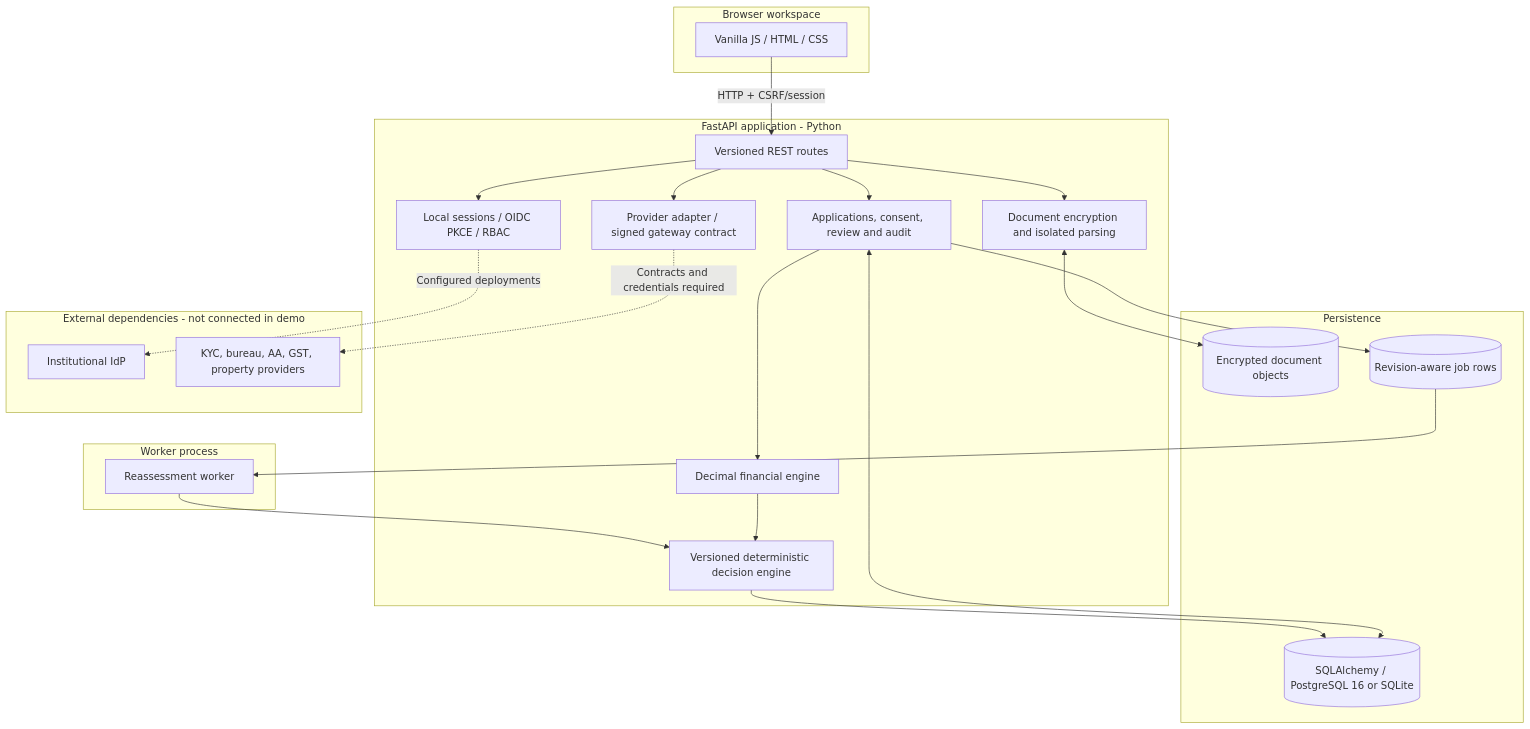
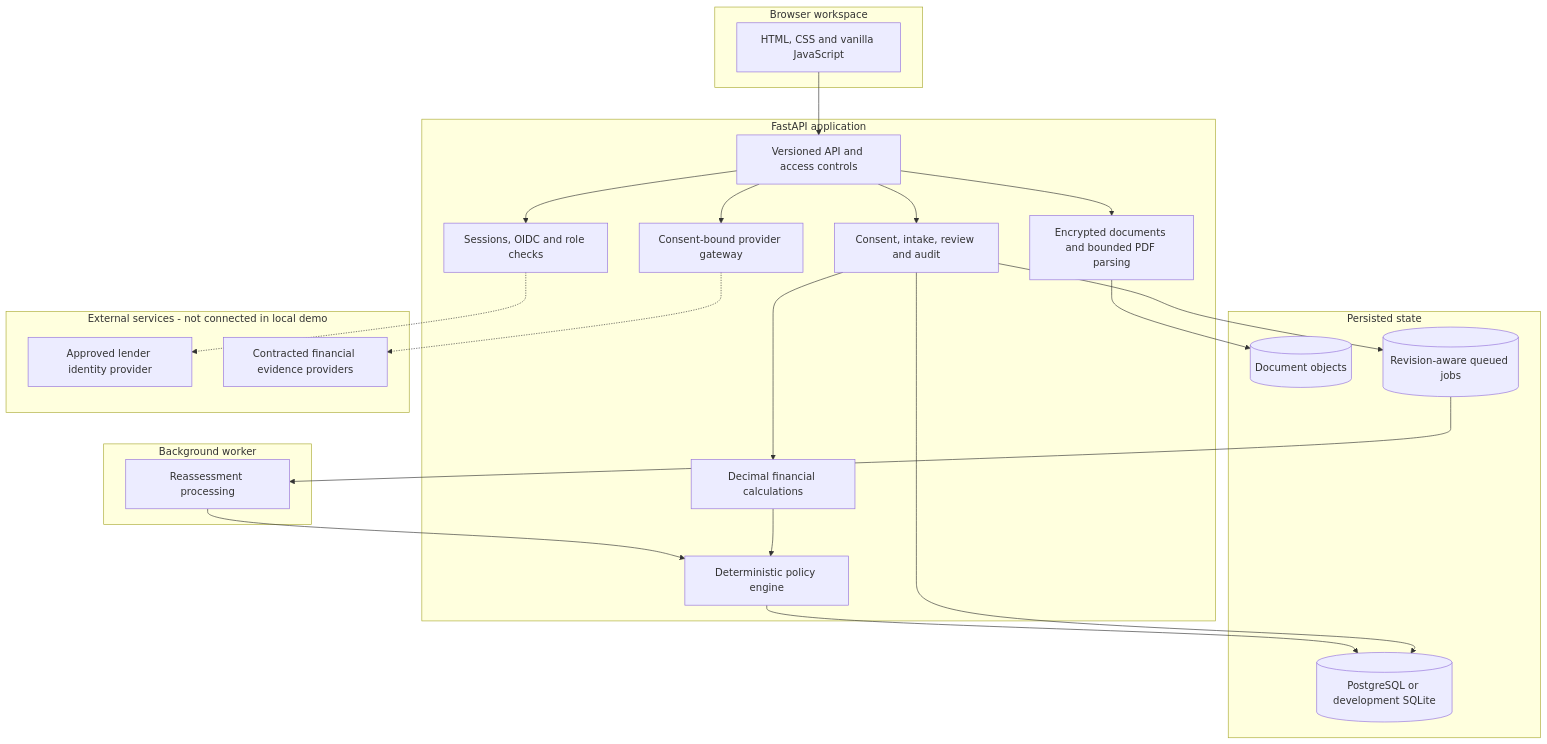
The third of 6 diagrams in README.md (pushkkal0201-bit/AadharShila), drawn with Mermaid before and after one commit. The commit also changed other lines of this file, not shown here.

Commit message:
docs: repair Mermaid workflows and improve visual hackathon README navigation

````diff
--- a/README.md
+++ b/README.md
@@ -225,40 +285,42 @@
 ```mermaid
 flowchart TB
-    subgraph Client[Browser workspace]
-      UI[Vanilla JS / HTML / CSS]
+    subgraph Browser["Browser workspace"]
+      UI["HTML, CSS and vanilla JavaScript"]
     end
-    subgraph Application[FastAPI application - Python]
-      AUTH[Local sessions / OIDC PKCE / RBAC]
-      API[Versioned REST routes]
-      WORKFLOW[Applications, consent, review and audit]
-      FIN[Decimal financial engine]
-      RULES[Versioned deterministic decision engine]
-      DOCUMENTS[Document encryption and isolated parsing]
-      GATEWAY[Provider adapter / signed gateway contract]
+    subgraph Backend["FastAPI application"]
+      API["Versioned API and access controls"]
+      AUTH["Sessions, OIDC and role checks"]
+      WORKFLOW["Consent, intake, review and audit"]
+      FIN["Decimal financial calculations"]
+      RULES["Deterministic policy engine"]
+      DOCS["Encrypted documents and bounded PDF parsing"]
+      GATE["Consent-bound provider gateway"]
     end
-    subgraph Storage[Persistence]
-      DB[(SQLAlchemy / PostgreSQL 16 or SQLite)]
-      FILES[(Encrypted document objects)]
-      JOBS[(Revision-aware job rows)]
+    subgraph Persistence["Persisted state"]
+      DB[("PostgreSQL or development SQLite")]
+      FILES[("Document objects")]
+      JOBS[("Revision-aware queued jobs")]
     end
-    subgraph Background[Worker process]
-      WORKER[Reassessment worker]
+    subgraph Worker["Background worker"]
+      W["Reassessment processing"]
     end
-    subgraph External[External dependencies - not connected in demo]
-      IDP[Institutional IdP]
-      PARTNERS[KYC, bureau, AA, GST, property providers]
+    subgraph External["External services - not connected in local demo"]
+      IDP["Approved lender identity provider"]
+      PROVIDERS["Contracted financial evidence providers"]
     end
-    UI -->|HTTP + CSRF/session| API
+    UI --> API
     API --> AUTH
     API --> WORKFLOW
-    WORKFLOW --> FIN --> RULES
-    API --> DOCUMENTS
-    API --> GATEWAY
-    WORKFLOW <--> DB
+    API --> DOCS
+    API --> GATE
+    WORKFLOW --> FIN
+    FIN --> RULES
+    WORKFLOW --> DB
     RULES --> DB
-    DOCUMENTS <--> FILES
+    DOCS --> FILES
     WORKFLOW --> JOBS
-    JOBS --> WORKER --> RULES
-    AUTH -.->|Configured deployments| IDP
-    GATEWAY -.->|Contracts and credentials required| PARTNERS
+    JOBS --> W
+    W --> RULES
+    AUTH -.-> IDP
+    GATE -.-> PROVIDERS
 ```
````
